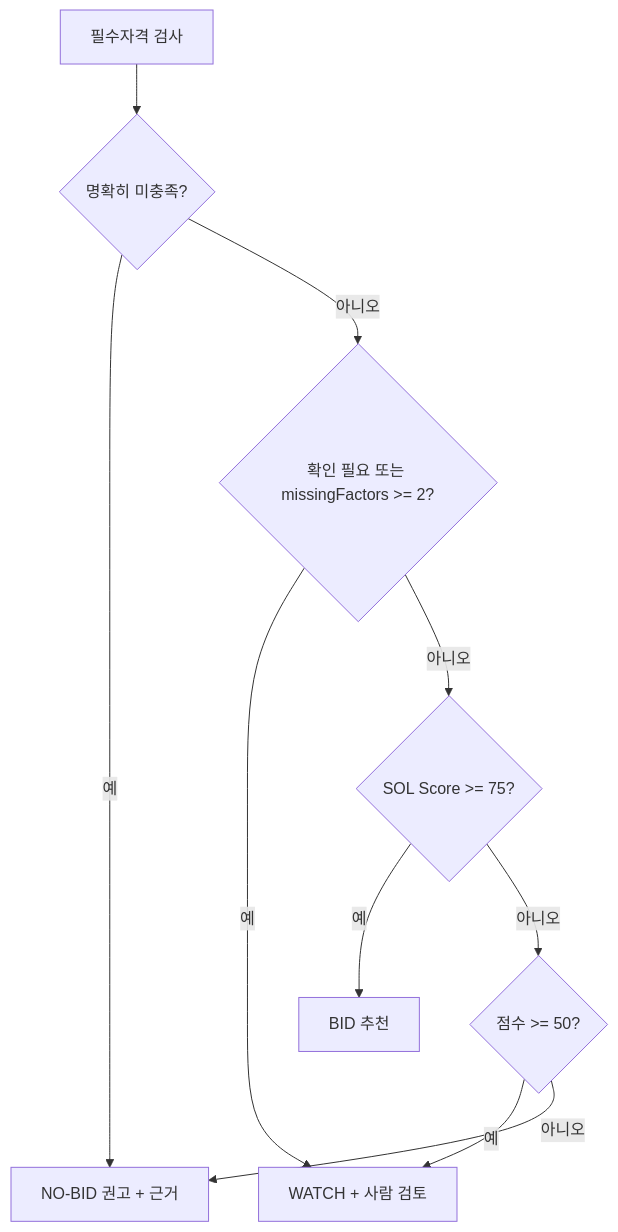
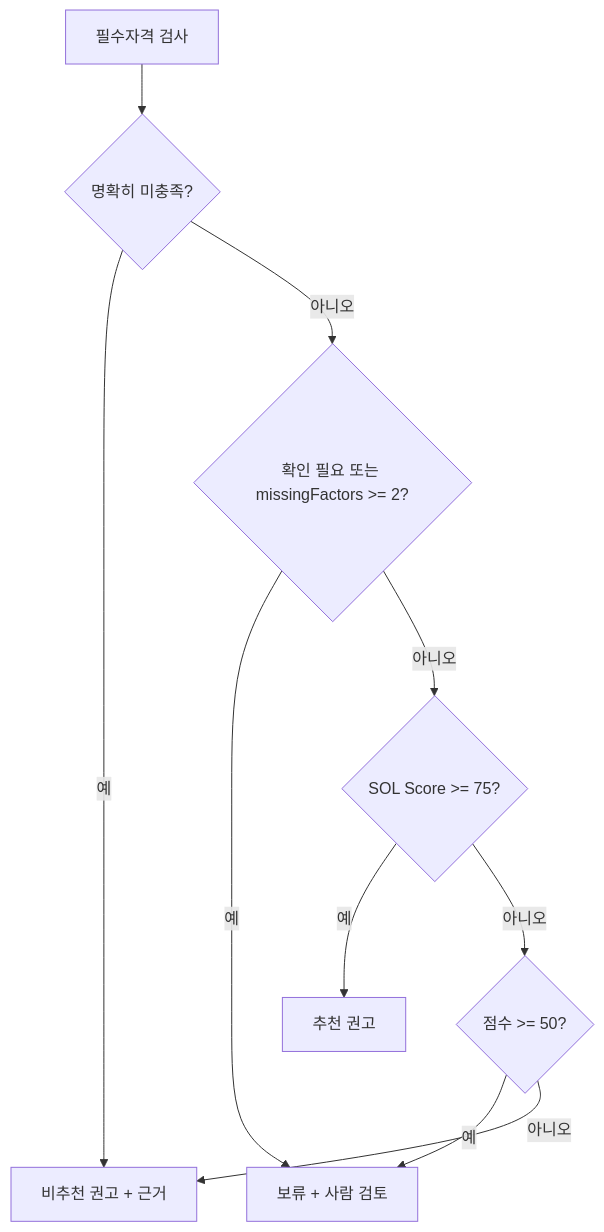
Before and after one commit to solideoai/sol-radar: the diagram in docs/08-SCORING.md, drawn with Mermaid. The commit also changed other lines of this file and 27 other files, not shown here.

````diff
--- a/docs/08-SCORING.md
+++ b/docs/08-SCORING.md
@@ -222,12 +222,12 @@
 ```mermaid
 flowchart TD
  A[필수자격 검사] --> B{명확히 미충족?}
- B -- 예 --> C[NO-BID 권고 + 근거]
+ B -- 예 --> C[비추천 권고 + 근거]
  B -- 아니오 --> D{확인 필요 또는 missingFactors >= 2?}
- D -- 예 --> E[WATCH + 사람 검토]
+ D -- 예 --> E[보류 + 사람 검토]
  D -- 아니오 --> F{SOL Score >= 75?}
- F -- 예 --> G[BID 추천]
+ F -- 예 --> G[추천 권고]
  F -- 아니오 --> H{점수 >= 50?}
  H -- 예 --> E
  H -- 아니오 --> C
 ```
````
